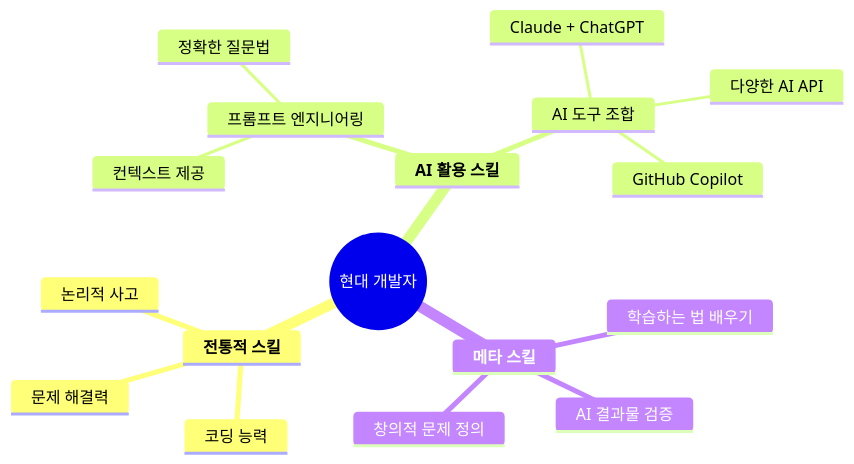
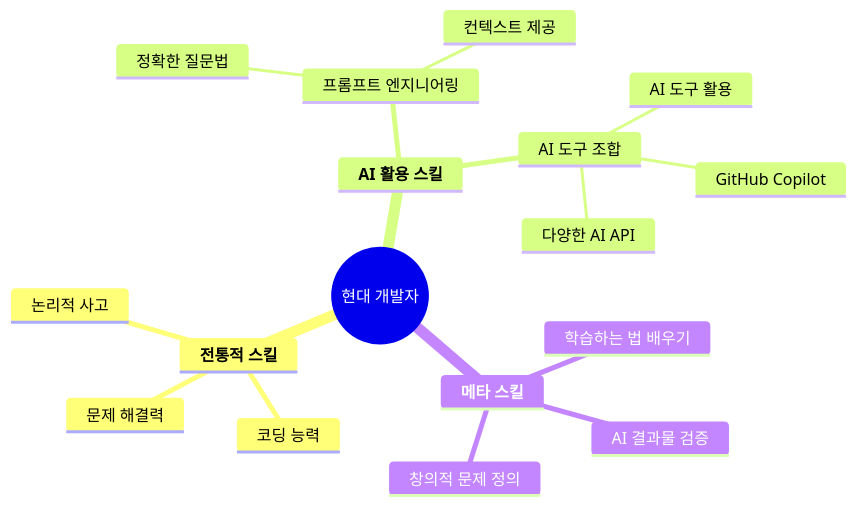
Before and after one commit to junetapa-juncheol/junetapa-juncheol: the third of 3 diagrams in README.md, drawn with Mermaid. The commit also changed other lines of this file, not shown here.

````diff
--- a/README.md
+++ b/README.md
@@ -292,20 +294,20 @@
 ```mermaid
 mindmap
   root((현대 개발자))
     **전통적 스킬**
       코딩 능력
       문제 해결력
       논리적 사고
     **AI 활용 스킬**
       프롬프트 엔지니어링
         정확한 질문법
         컨텍스트 제공
       AI 도구 조합
-        Claude + ChatGPT
+        AI 도구 활용
         GitHub Copilot
         다양한 AI API
     **메타 스킬**
       학습하는 법 배우기
       AI 결과물 검증
       창의적 문제 정의
 ```
````
